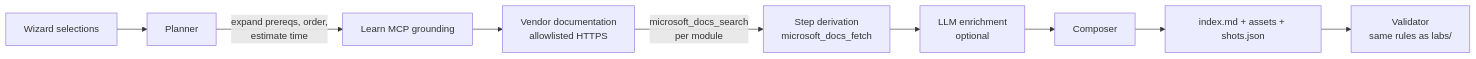
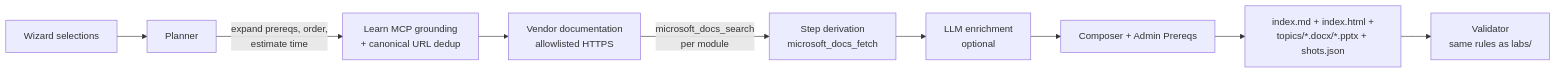
Before and after one commit to russrimm/CopilotStudioLabs: the diagram in docs/lab-builder.md, drawn with Mermaid. The commit also changed other lines of this file and 7 other files, not shown here.

````diff
--- a/docs/lab-builder.md
+++ b/docs/lab-builder.md
@@ -303,11 +318,11 @@
 ```mermaid
 flowchart LR
   A[Wizard selections] --> B[Planner]
-  B -->|expand prereqs, order,<br/>estimate time| C[Learn MCP grounding]
+  B -->|expand prereqs, order,<br/>estimate time| C[Learn MCP grounding<br/>+ canonical URL dedup]
   C --> V[Vendor documentation<br/>allowlisted HTTPS]
   V -->|microsoft_docs_search<br/>per module| S[Step derivation<br/>microsoft_docs_fetch]
   S --> D[LLM enrichment<br/>optional]
-  D --> E[Composer]
-  E --> F[index.md + assets + shots.json]
+  D --> E[Composer + Admin Prereqs]
+  E --> F[index.md + index.html +<br/>topics/*.docx/*.pptx + shots.json]
   F --> G[Validator<br/>same rules as labs/]
 ```
````
